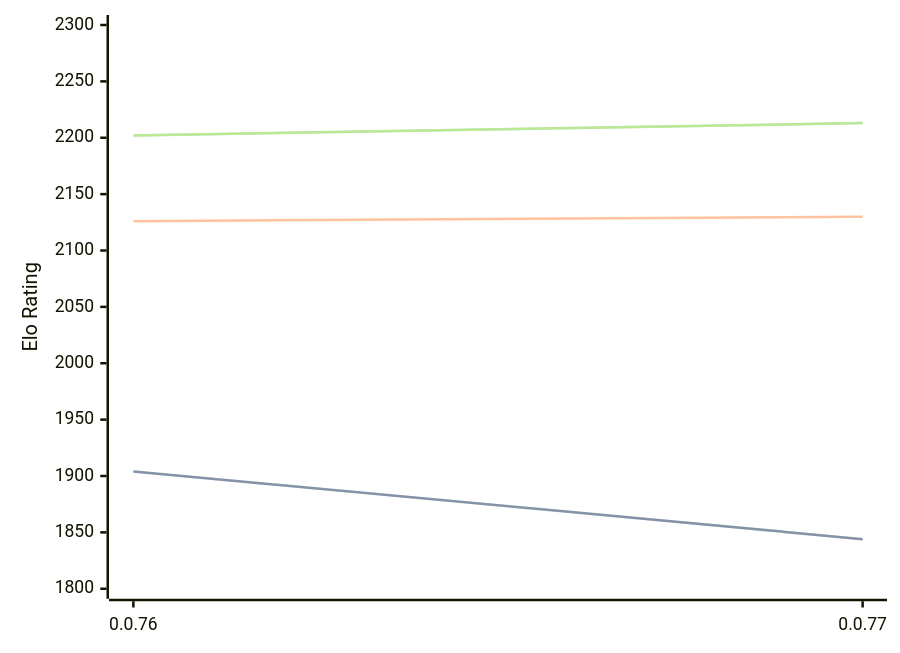
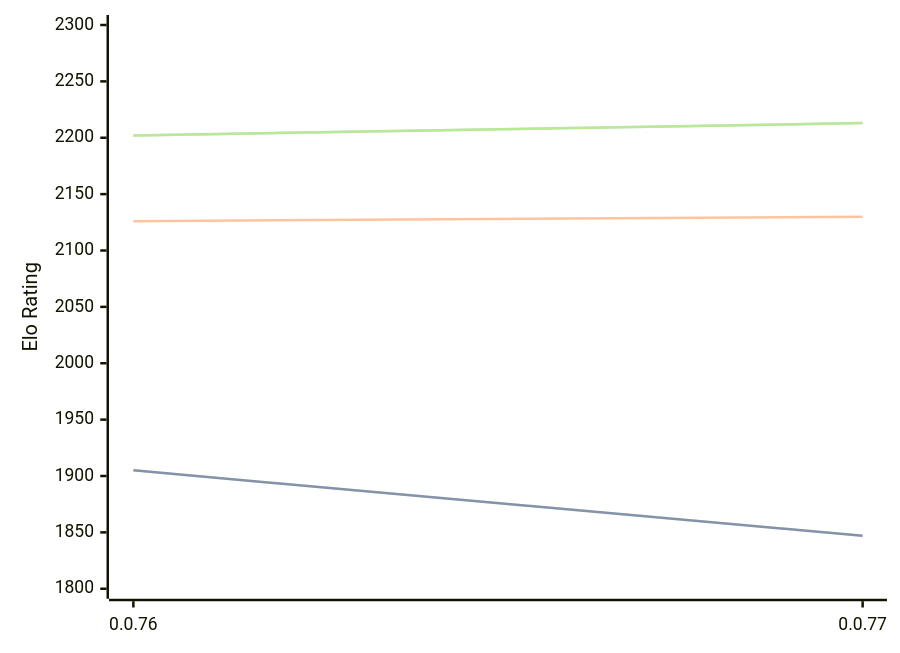
The diagram in engines/Fktb.md (computer-chess-index/cci), drawn with Mermaid before and after one commit. The commit also changed other lines of this file, not shown here.

````diff
--- a/engines/Fktb.md
+++ b/engines/Fktb.md
@@ -32,11 +32,11 @@
 ```mermaid
 %%{init: {"theme":"base","themeVariables":{"seriesColors:['#a3a3a3','#222221','#faa371']}}}%%
 xychart-beta
   x-axis ["0.0.76", "0.0.77"]
   y-axis "Elo Rating" 1800 --> 2300
-  line "STC (8.0+0.08s)" [1904, 1844]
-  line "STC (8.0+0.08s)" [1904, 1844]
+  line "STC (8.0+0.08s)" [1905, 1847]
+  line "STC (8.0+0.08s)" [1905, 1847]
   line "LTC (60.0+0.60s)" [2126, 2130]
   line "VLTC (2m24s+1.12s)" [2202, 2213]
   line "VLTC (2m24s+1.12s)" [2202, 2213]
 ```
````
